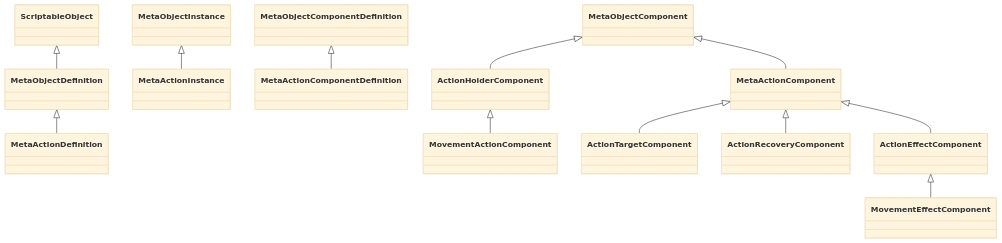
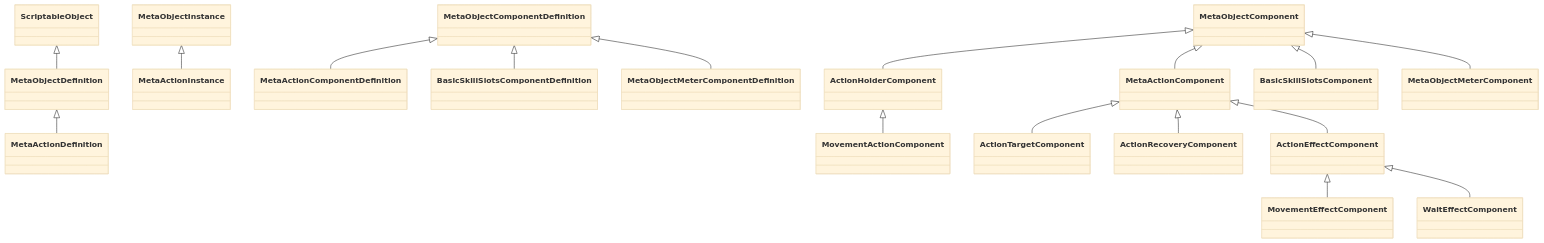
The first of 2 diagrams in 代码说明文档/00_程序集与类型关系总览代码设计案.md (ObALive/this), drawn with Mermaid (base theme) before and after one commit. The commit also changed other lines of this file and 31 other files, not shown here.

````diff
--- a/代码说明文档/00_程序集与类型关系总览代码设计案.md
+++ b/代码说明文档/00_程序集与类型关系总览代码设计案.md
@@ -26,14 +26,19 @@
 ```mermaid
 classDiagram
   ScriptableObject <|-- MetaObjectDefinition
   MetaObjectDefinition <|-- MetaActionDefinition
   MetaObjectInstance <|-- MetaActionInstance
   MetaObjectComponentDefinition <|-- MetaActionComponentDefinition
+  MetaObjectComponentDefinition <|-- BasicSkillSlotsComponentDefinition
+  MetaObjectComponentDefinition <|-- MetaObjectMeterComponentDefinition
   MetaObjectComponent <|-- MetaActionComponent
   MetaObjectComponent <|-- ActionHolderComponent
+  MetaObjectComponent <|-- BasicSkillSlotsComponent
+  MetaObjectComponent <|-- MetaObjectMeterComponent
   ActionHolderComponent <|-- MovementActionComponent
   MetaActionComponent <|-- ActionTargetComponent
   MetaActionComponent <|-- ActionRecoveryComponent
   MetaActionComponent <|-- ActionEffectComponent
   ActionEffectComponent <|-- MovementEffectComponent
+  ActionEffectComponent <|-- WaitEffectComponent
 ```
````
